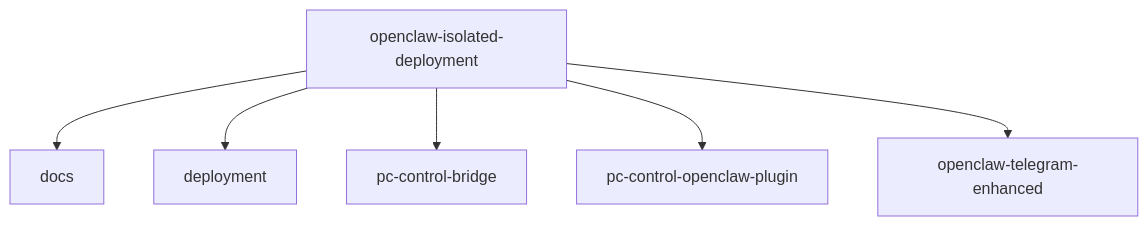
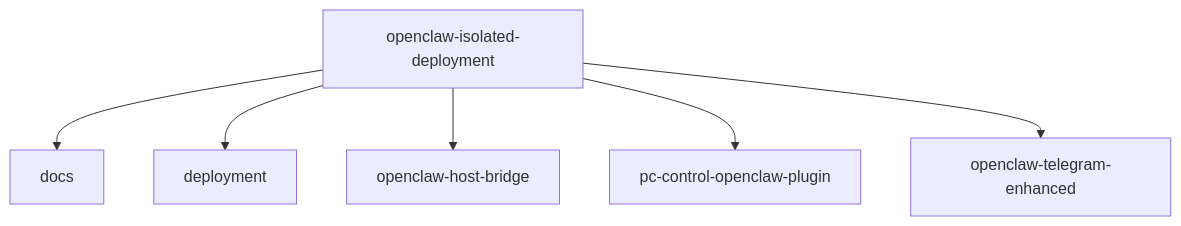
One commit to mfshaf7/openclaw-isolated-deployment changed the diagram in docs/repository-map.md. Above: the diagram before and after it, drawn with Mermaid. The commit also changed other lines of this file and 16 other files, not shown here.

Commit message:
docs: rename bridge references to openclaw-host-bridge

````diff
--- a/docs/repository-map.md
+++ b/docs/repository-map.md
@@ -11,9 +11,9 @@
 ```mermaid
 flowchart TD
     Root[openclaw-isolated-deployment]
     Root --> Docs[docs]
     Root --> Deploy[deployment]
-    Root --> Bridge[pc-control-bridge]
+    Root --> Bridge[openclaw-host-bridge]
     Root --> Plugin[pc-control-openclaw-plugin]
     Root --> Telegram[openclaw-telegram-enhanced]
 ```
````
